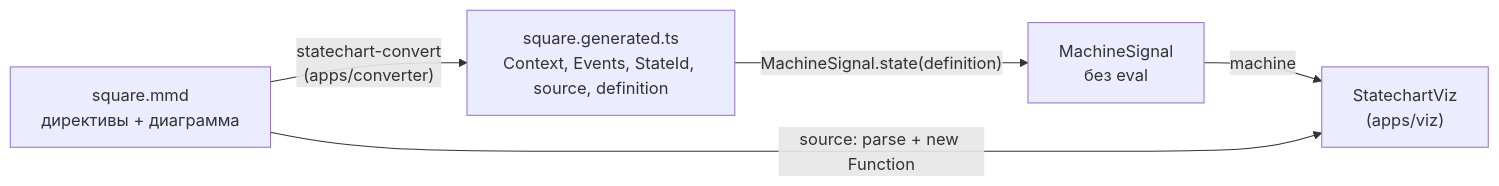
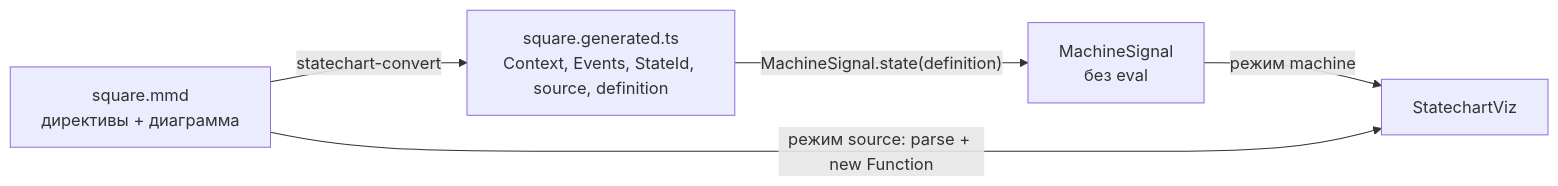
Before and after one commit to fozy-labs/rx-toolkit: the fourth of 4 diagrams in docs/statechart/README.md, drawn with Mermaid. The commit also changed other lines of this file and 93 other files, not shown here.

First line of the commit message:
chore(statechart): move converter and viz out of the repo

````diff
--- a/docs/statechart/README.md
+++ b/docs/statechart/README.md
@@ -887,8 +793,8 @@
 ```mermaid
 flowchart LR
     MMD["square.mmd<br/>директивы + диаграмма"]
-    MMD -- "statechart-convert<br/>(apps/converter)" --> GEN["square.generated.ts<br/>Context, Events, StateId, source, definition"]
+    MMD -- "statechart-convert" --> GEN["square.generated.ts<br/>Context, Events, StateId, source, definition"]
     GEN -- "MachineSignal.state(definition)" --> RT["MachineSignal<br/>без eval"]
-    RT -- "machine" --> VIZ["StatechartViz<br/>(apps/viz)"]
-    MMD -- "source: parse + new Function" --> VIZ
+    RT -- "режим machine" --> VIZ["StatechartViz"]
+    MMD -- "режим source: parse + new Function" --> VIZ
 ```
````
